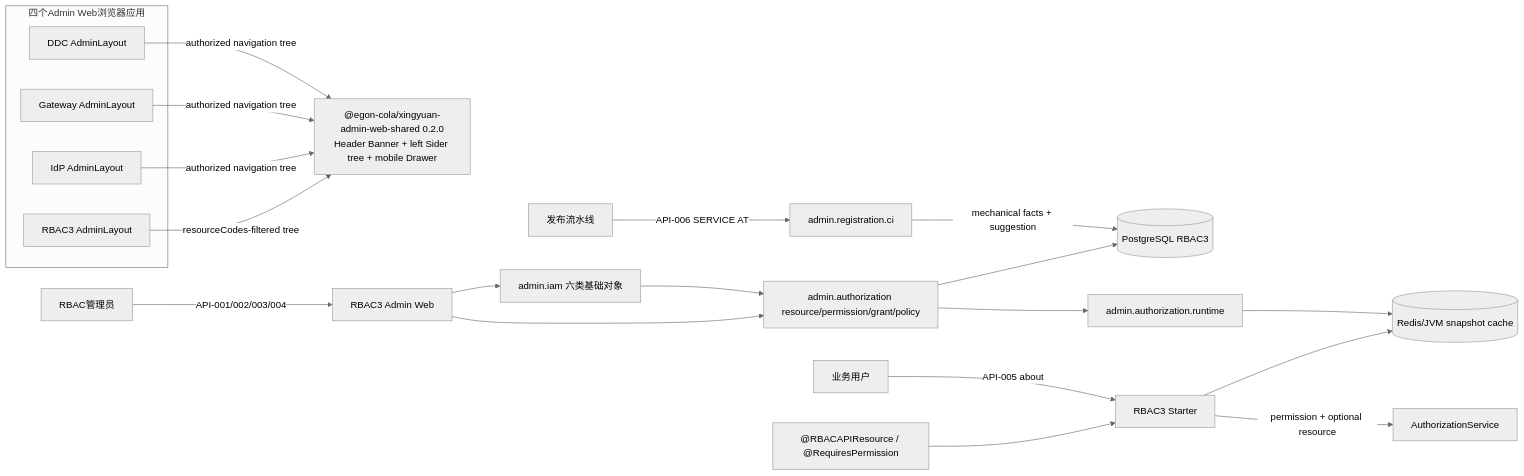
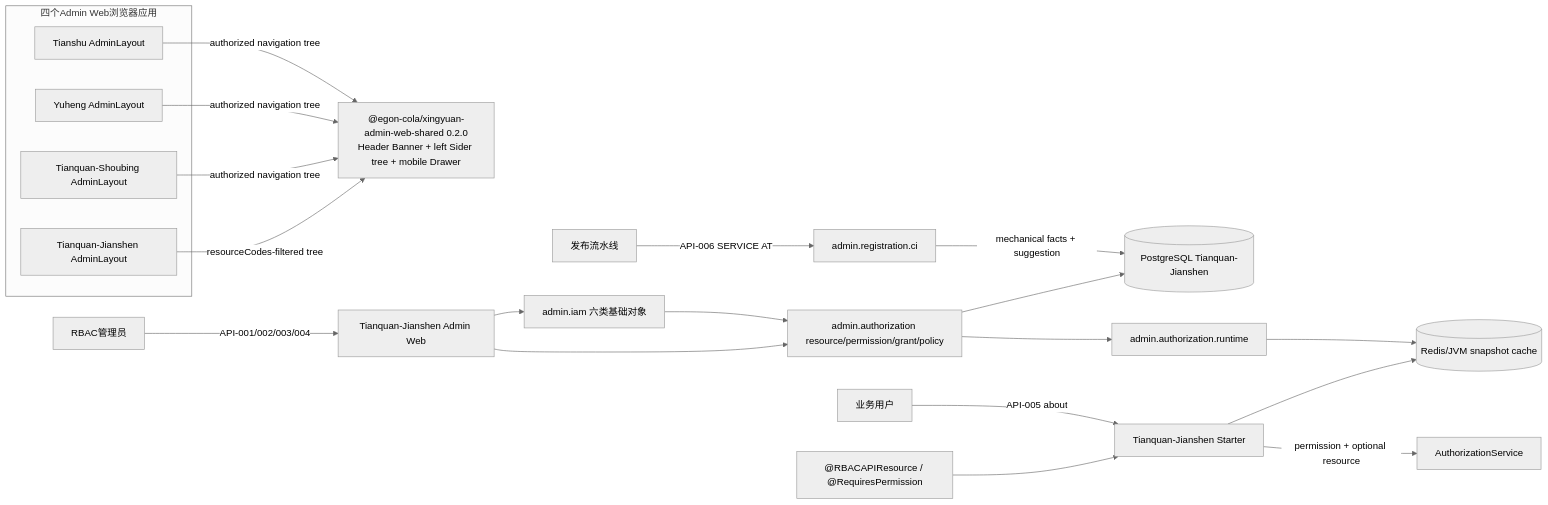
Before and after one commit to AllenDEricDAlexander/Egon-COLA: the second of 7 diagrams in docs/egon/spec/2026-08-24-17-30-rbac3-resource-grants-layering.md, drawn with Mermaid (neutral theme). The commit also changed other lines of this file and 233 other files, not shown here.

````diff
--- a/docs/egon/spec/2026-08-24-17-30-rbac3-resource-grants-layering.md
+++ b/docs/egon/spec/2026-08-24-17-30-rbac3-resource-grants-layering.md
@@ -352,27 +352,27 @@
 ```mermaid
 flowchart LR
-    Admin["RBAC管理员"] -->|"API-001/002/003/004"| Web["RBAC3 Admin Web"]
+    Admin["RBAC管理员"] -->|"API-001/002/003/004"| Web["Tianquan-Jianshen Admin Web"]
     CI["发布流水线"] -->|"API-006 SERVICE AT"| Registration["admin.registration.ci"]
     Web --> Iam["admin.iam 六类基础对象"]
     Web --> Authz["admin.authorization resource/permission/grant/policy"]
     Iam --> Authz
-    Authz --> DB[("PostgreSQL RBAC3")]
+    Authz --> DB[("PostgreSQL Tianquan-Jianshen")]
     Registration -->|"mechanical facts + suggestion"| DB
     Authz --> Runtime["admin.authorization.runtime"]
     Runtime --> Cache[("Redis/JVM snapshot cache")]
-    User["业务用户"] -->|"API-005 about"| Starter["RBAC3 Starter"]
+    User["业务用户"] -->|"API-005 about"| Starter["Tianquan-Jianshen Starter"]
     Starter --> Cache
     Method["@RBACAPIResource / @RequiresPermission"] --> Starter
     Starter -->|"permission + optional resource"| Decision["AuthorizationService"]
     subgraph AdminWebs["四个Admin Web浏览器应用"]
-        DdcWeb["DDC AdminLayout"]
-        GatewayWeb["Gateway AdminLayout"]
-        IdpWeb["IdP AdminLayout"]
-        RbacWeb["RBAC3 AdminLayout"]
+        DdcWeb["Tianshu AdminLayout"]
+        GatewayWeb["Yuheng AdminLayout"]
+        IdpWeb["Tianquan-Shoubing AdminLayout"]
+        RbacWeb["Tianquan-Jianshen AdminLayout"]
     end
     Shared["@egon-cola/xingyuan-admin-web-shared 0.2.0\nHeader Banner + left Sider tree + mobile Drawer"]
     DdcWeb -->|"authorized navigation tree"| Shared
     GatewayWeb -->|"authorized navigation tree"| Shared
     IdpWeb -->|"authorized navigation tree"| Shared
     RbacWeb -->|"resourceCodes-filtered tree"| Shared
 ```
````
